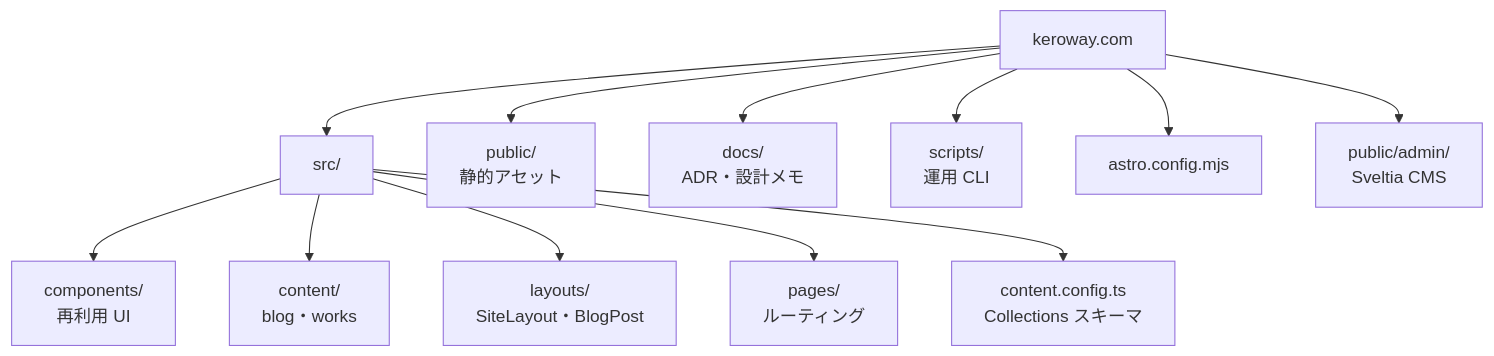
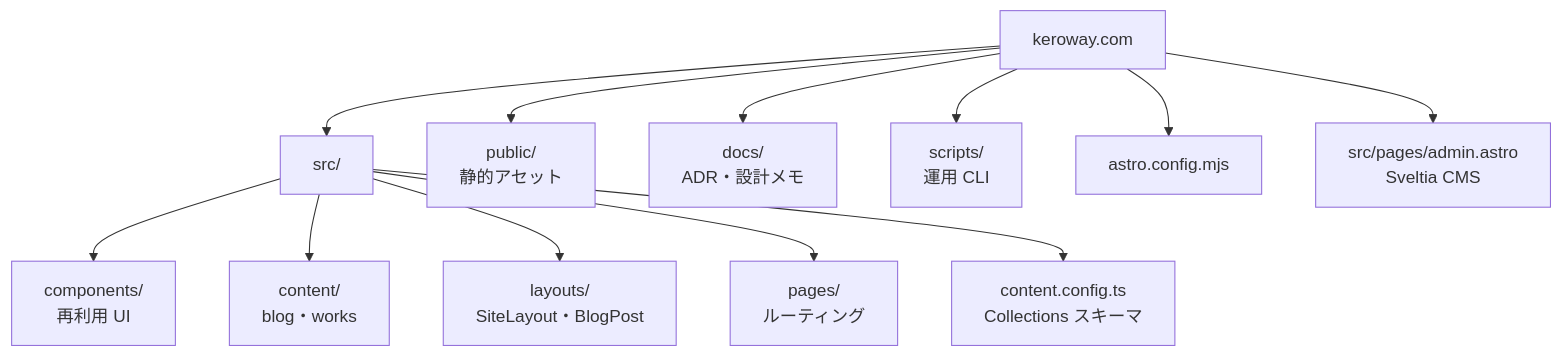
One commit to keroway/astro-blog changed the second of 4 diagrams in README.md. Above: the diagram before and after it, drawn with Mermaid. The commit also changed other lines of this file and 5 other files, not shown here.

Commit message:
Sveltia CMS 本番認証手順を補足

````diff
--- a/README.md
+++ b/README.md
@@ -76,14 +76,14 @@
 ```mermaid
 flowchart TD
     Root["keroway.com"] --> Src["src/"]
     Root --> Public["public/<br/>静的アセット"]
     Root --> Docs["docs/<br/>ADR・設計メモ"]
     Root --> Scripts["scripts/<br/>運用 CLI"]
     Root --> Cfg["astro.config.mjs"]
-    Root --> Admin["public/admin/<br/>Sveltia CMS"]
+    Root --> Admin["src/pages/admin.astro<br/>Sveltia CMS"]
     Src --> Comp["components/<br/>再利用 UI"]
     Src --> Content["content/<br/>blog・works"]
     Src --> Layouts["layouts/<br/>SiteLayout・BlogPost"]
     Src --> Pages["pages/<br/>ルーティング"]
     Src --> Schema["content.config.ts<br/>Collections スキーマ"]
 ```
````
